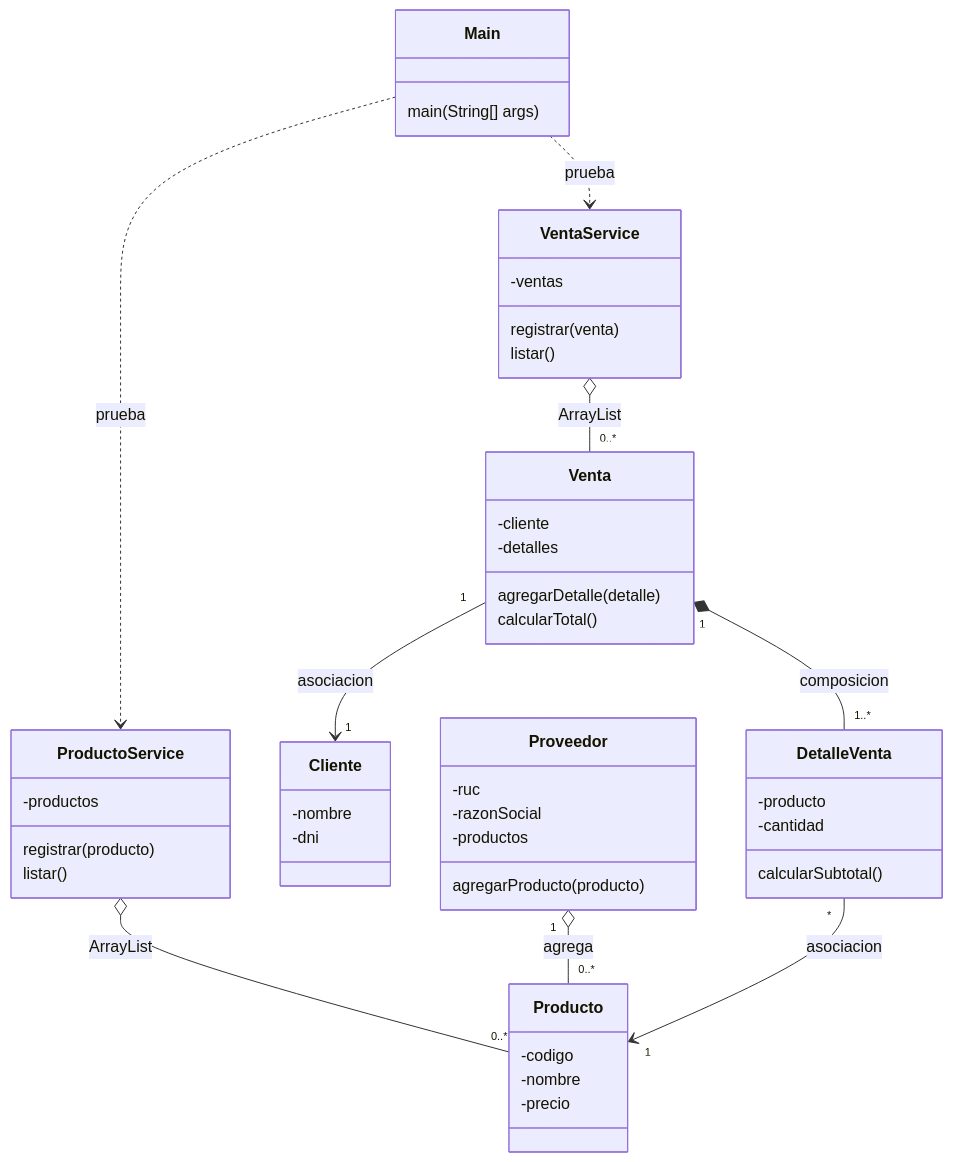
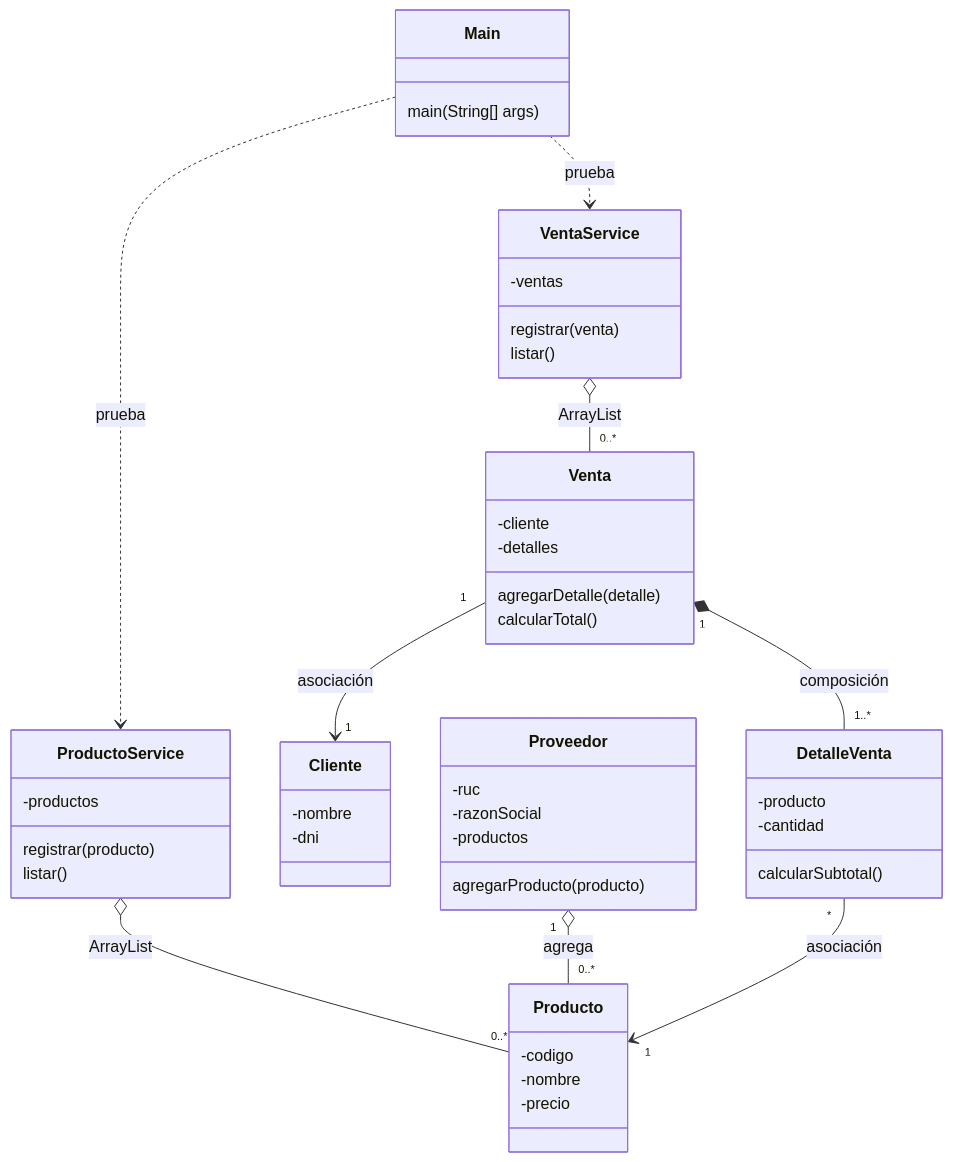
The second of 2 diagrams in docs/S03_Modelado_Dominio_Colecciones.md (262poo/comarket), drawn with Mermaid before and after one commit. The commit also changed other lines of this file and 20 other files, not shown here.

````diff
--- a/docs/S03_Modelado_Dominio_Colecciones.md
+++ b/docs/S03_Modelado_Dominio_Colecciones.md
@@ -83,52 +83,52 @@
 ```mermaid
 classDiagram
     class Main {
         main(String[] args)
     }
     class ProductoService {
         -productos
         registrar(producto)
         listar()
     }
     class VentaService {
         -ventas
         registrar(venta)
         listar()
     }
     class Cliente {
         -nombre
         -dni
     }
     class Proveedor {
         -ruc
         -razonSocial
         -productos
         agregarProducto(producto)
     }
     class Producto {
         -codigo
         -nombre
         -precio
     }
     class Venta {
         -cliente
         -detalles
         agregarDetalle(detalle)
         calcularTotal()
     }
     class DetalleVenta {
         -producto
         -cantidad
         calcularSubtotal()
     }
 
     Main ..> ProductoService : prueba
     Main ..> VentaService : prueba
     ProductoService o-- "0..*" Producto : ArrayList
     VentaService o-- "0..*" Venta : ArrayList
 
     Proveedor "1" o-- "0..*" Producto : agrega
-    Venta "1" --> "1" Cliente : asociacion
-    Venta "1" *-- "1..*" DetalleVenta : composicion
-    DetalleVenta "*" --> "1" Producto : asociacion
+    Venta "1" --> "1" Cliente : asociación
+    Venta "1" *-- "1..*" DetalleVenta : composición
+    DetalleVenta "*" --> "1" Producto : asociación
 ```
````
